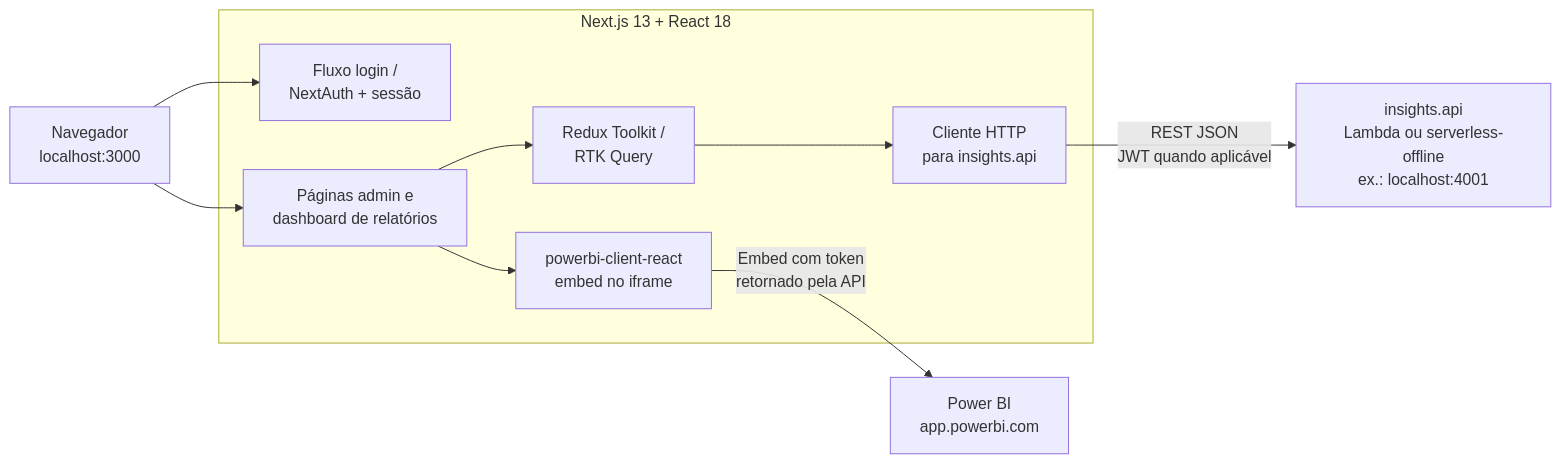
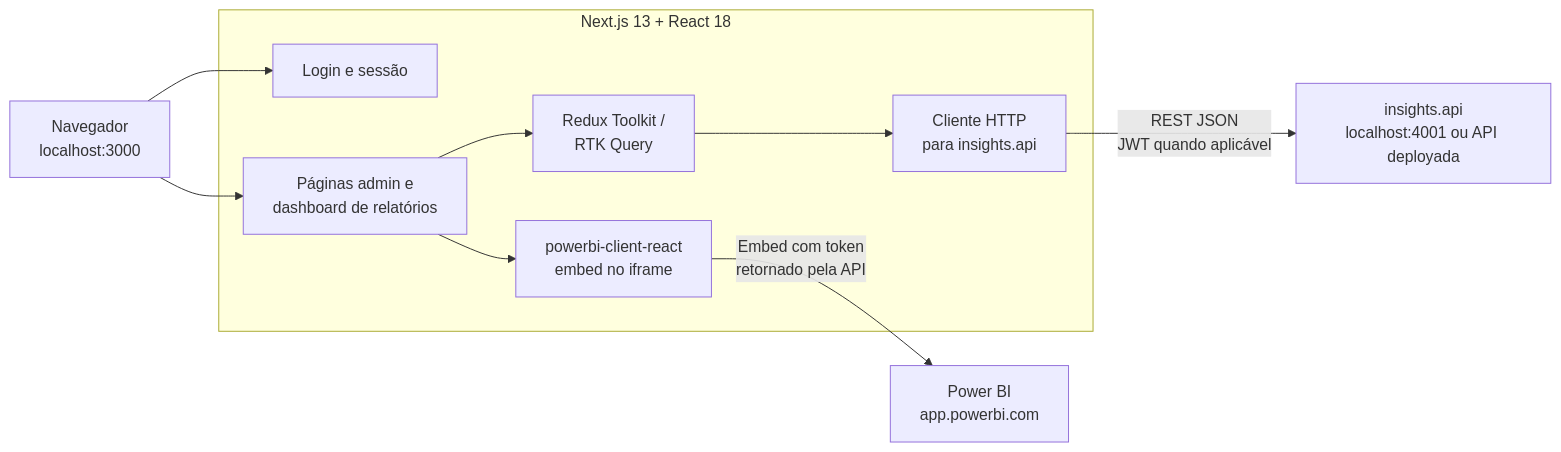
Before and after one commit to reluviari/insights-platform: the second of 2 diagrams in insights.web/README.md, drawn with Mermaid. The commit also changed other lines of this file and 10 other files, not shown here.

````diff
--- a/insights.web/README.md
+++ b/insights.web/README.md
@@ -11,24 +147,24 @@
 ```mermaid
 graph LR
     Browser["Navegador\nlocalhost:3000"]
 
     subgraph NextStack["Next.js 13 + React 18"]
-        AuthUi["Fluxo login /\nNextAuth + sessão"]
+        AuthUi["Login e sessão"]
         PagesUi["Páginas admin e\ndashboard de relatórios"]
         Store["Redux Toolkit /\nRTK Query"]
         PbiSdk["powerbi-client-react\nembed no iframe"]
         ApiClient["Cliente HTTP\npara insights.api"]
     end
 
-    InsightsApi["insights.api\nLambda ou serverless-offline\nex.: localhost:4001"]
+    InsightsApi["insights.api\nlocalhost:4001 ou API deployada"]
     PowerBiEmbed["Power BI\napp.powerbi.com"]
 
     Browser --> AuthUi
     Browser --> PagesUi
     PagesUi --> Store
     Store --> ApiClient
     PagesUi --> PbiSdk
 
     ApiClient -->|"REST JSON\nJWT quando aplicável"| InsightsApi
     PbiSdk -->|"Embed com token\nretornado pela API"| PowerBiEmbed
 ```
````
